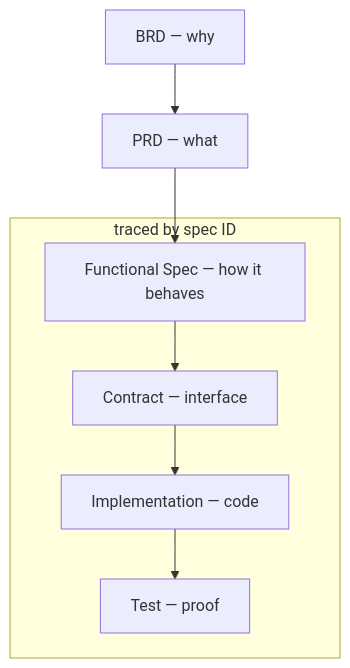
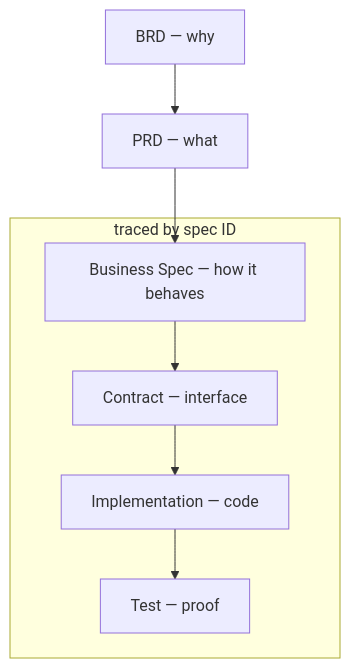
Before and after one commit to foreachpartners/main-spex: the first of 2 diagrams in README.md, drawn with Mermaid. The commit also changed other lines of this file and 30 other files, not shown here.

Commit message:
refactor: rename spec types from FUNC/ARCH to BIZ/TECH

````diff
--- a/README.md
+++ b/README.md
@@ -53,11 +53,11 @@
 ```mermaid
 flowchart TD
     BRD["BRD — why"] --> PRD["PRD — what"]
-    PRD --> Func
+    PRD --> Biz
 
     subgraph Traced ["traced by spec ID"]
-        Func["Functional Spec — how it behaves"] --> Contract["Contract — interface"]
+        Biz["Business Spec — how it behaves"] --> Contract["Contract — interface"]
         Contract --> Impl["Implementation — code"]
         Impl --> Test["Test — proof"]
     end
 ```
````
